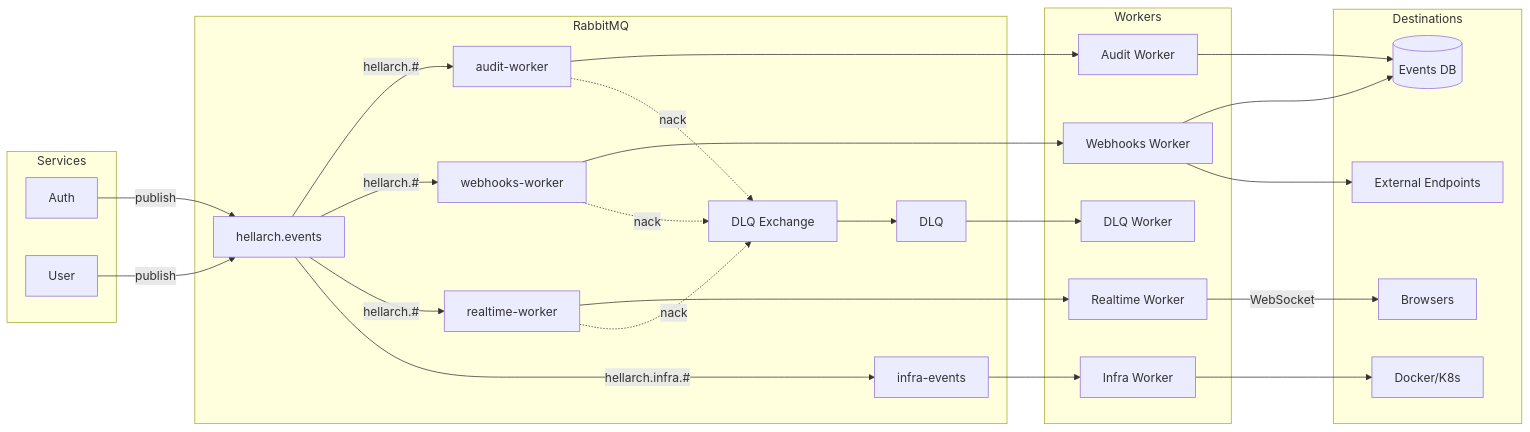
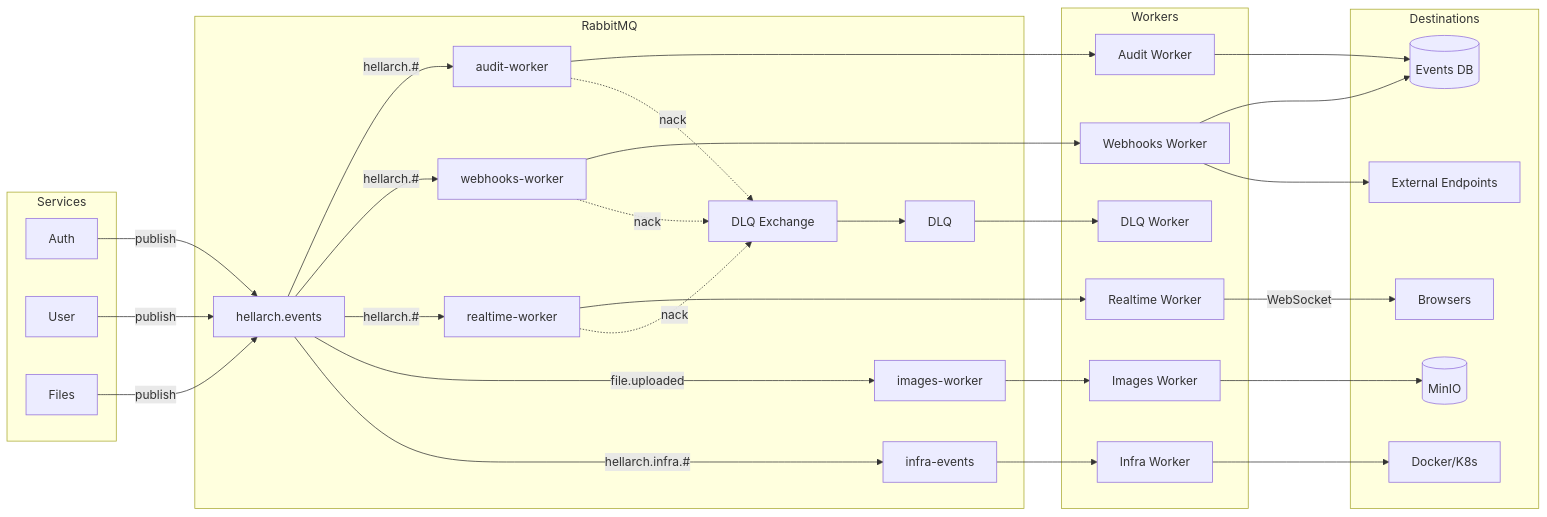
Before and after one commit to Nechja/hellArch: the diagram in docs/guide/workers/index.md, drawn with Mermaid. The commit also changed other lines of this file and 110 other files, not shown here.

````diff
--- a/docs/guide/workers/index.md
+++ b/docs/guide/workers/index.md
@@ -17,53 +18,61 @@
 ```mermaid
 graph LR
     subgraph Services
         AUTH[Auth]
         USER[User]
+        FILES[Files]
     end
 
     subgraph RabbitMQ
         EX[hellarch.events]
         AQ[audit-worker]
         WQ[webhooks-worker]
         RQ[realtime-worker]
+        IMQ[images-worker]
         IQ[infra-events]
         DLX[DLQ Exchange]
         DLQ[DLQ]
     end
 
     subgraph Workers
         AW[Audit Worker]
         WW[Webhooks Worker]
         RW[Realtime Worker]
+        IMW[Images Worker]
         IW[Infra Worker]
         DW[DLQ Worker]
     end
 
     subgraph Destinations
         EDB[(Events DB)]
         EXT[External Endpoints]
         BR[Browsers]
+        MINIO[(MinIO)]
         ORCH[Docker/K8s]
     end
 
     AUTH -->|publish| EX
     USER -->|publish| EX
+    FILES -->|publish| EX
     EX -->|hellarch.#| AQ
     EX -->|hellarch.#| WQ
     EX -->|hellarch.#| RQ
+    EX -->|file.uploaded| IMQ
     EX -->|hellarch.infra.#| IQ
     AQ --> AW
     WQ --> WW
     RQ --> RW
+    IMQ --> IMW
     IQ --> IW
     AW --> EDB
     WW --> EDB
     WW --> EXT
     RW -->|WebSocket| BR
+    IMW --> MINIO
     IW --> ORCH
     AQ -.->|nack| DLX
     WQ -.->|nack| DLX
     RQ -.->|nack| DLX
     DLX --> DLQ
     DLQ --> DW
 ```
````
